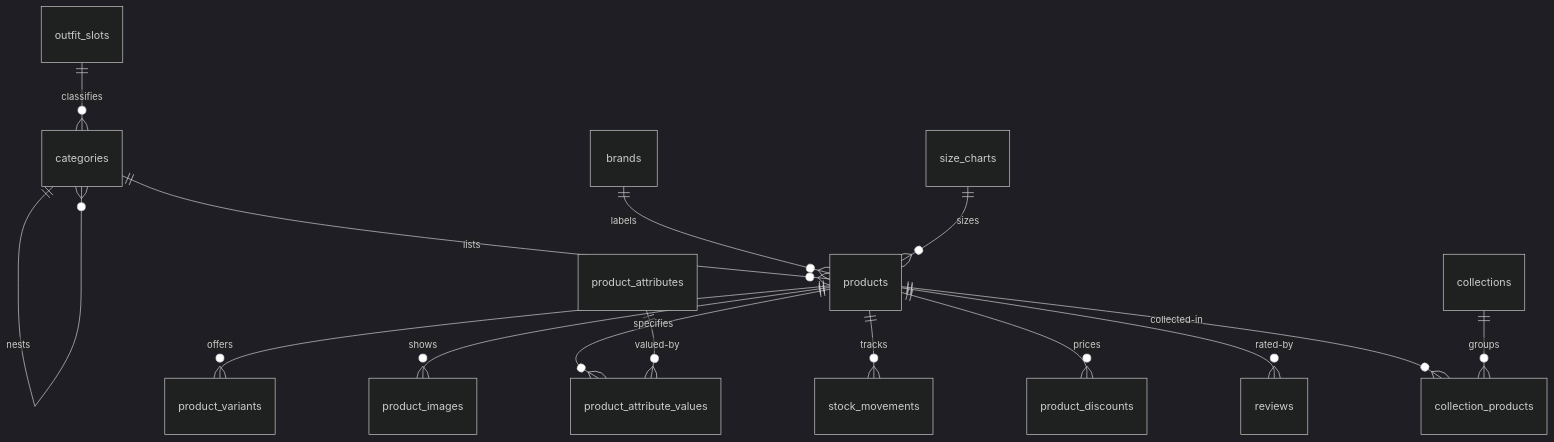
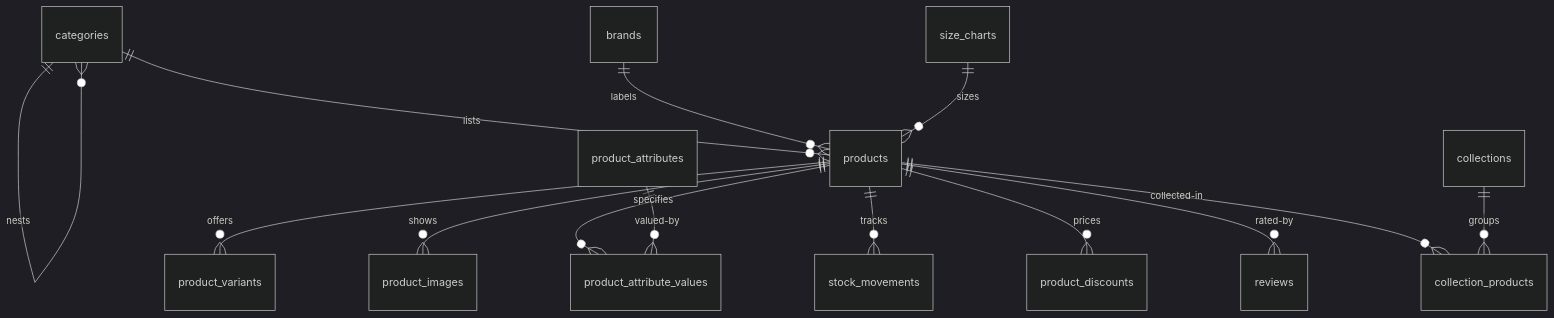
The diagram in DOC/backend/04-Catalog.md (UnmarriedIdentity/the-unlugged-wear), drawn with Mermaid (dark theme) before and after one commit. The commit also changed other lines of this file and 9 other files, not shown here.

Commit message:
feat: styling module — Complete the Look (DOC 19 + 012-styling.sql; 7 module-owned tables, stock-honest fallback, v2.1 roadmap; supersedes file-18 draft; ships last after the core app)

````diff
--- a/DOC/backend/04-Catalog.md
+++ b/DOC/backend/04-Catalog.md
@@ -258,17 +256,16 @@
 ```mermaid
 erDiagram
-    outfit_slots ||--o{ categories : classifies
     categories ||--o{ categories : nests
     categories ||--o{ products : lists
     brands ||--o{ products : labels
     size_charts ||--o{ products : sizes
     products ||--o{ product_variants : offers
     products ||--o{ product_images : shows
     products ||--o{ product_attribute_values : specifies
     product_attributes ||--o{ product_attribute_values : valued-by
     products ||--o{ stock_movements : tracks
     products ||--o{ product_discounts : prices
     products ||--o{ reviews : rated-by
     products ||--o{ collection_products : collected-in
     collections ||--o{ collection_products : groups
 ```
````
